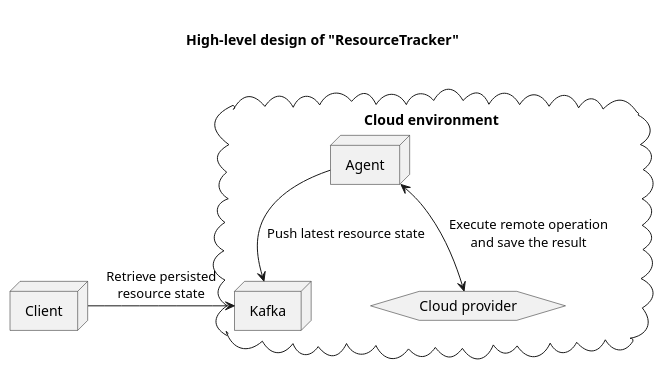
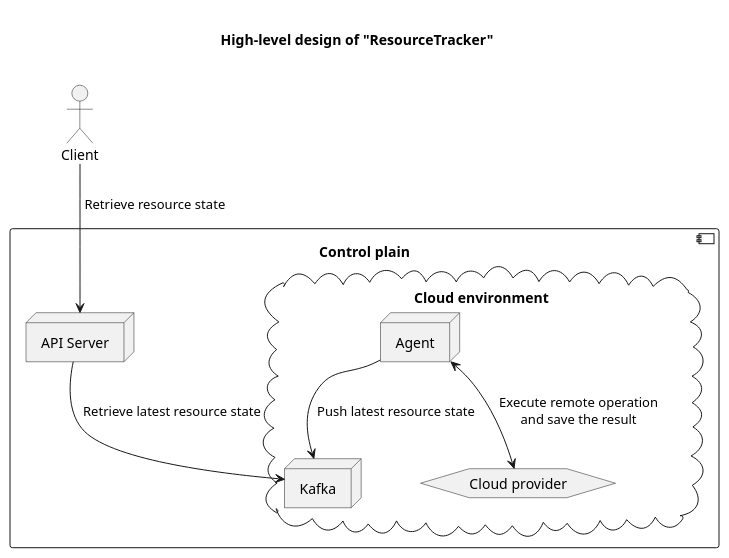
One commit to YarikRevich/ResourceTracker changed the diagram in docs/high-level-design-raw.md. Above: the diagram before and after it, drawn with PlantUML. The commit also changed 124 other files, not shown here.

````diff
--- a/docs/high-level-design-raw.md
+++ b/docs/high-level-design-raw.md
@@ -1,20 +1,26 @@
 ```plantuml
 title
 
 High-level design of "ResourceTracker"
 
 end title
+
+actor "Client"
+
+component "Control plain" {
+node "API Server"
 
 cloud "Cloud environment" {
 node "Kafka"
 node "Agent"
 hexagon "Cloud provider"
 
     [Agent] <--> [Cloud provider]: "Execute remote operation\nand save the result"
     [Agent] --> [Kafka]: "Push latest resource state"
 }
 
-node "Client"
+[API Server] --> [Kafka]: "Retrieve latest resource state\t\t"
+}
 
-[Client] -> [Kafka]: Retrieve persisted\nresource state
+[Client] --> [API Server]: " Retrieve resource state"
 ```
````
